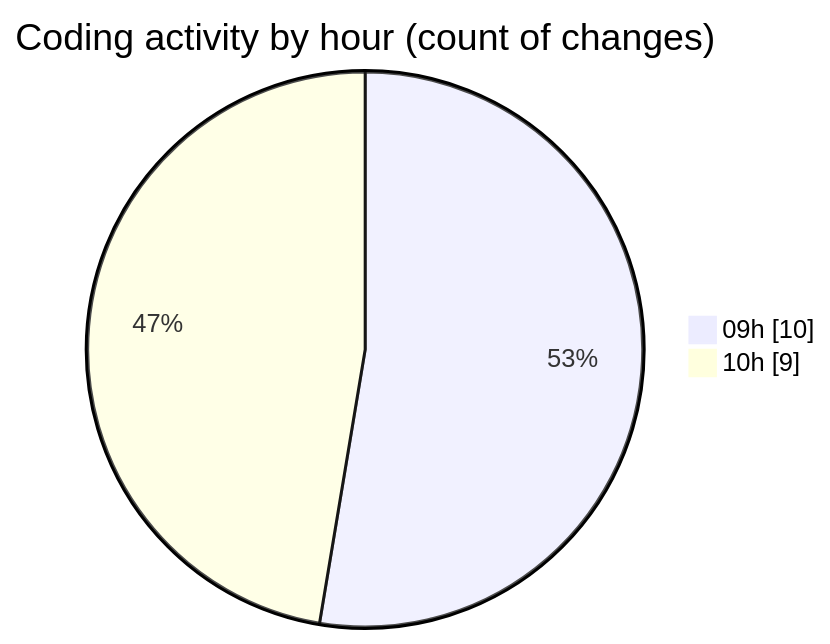
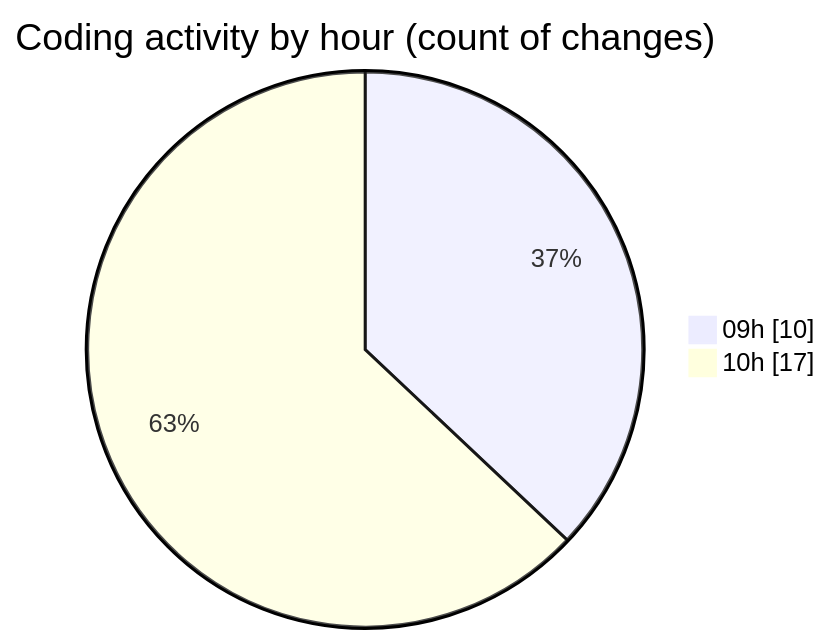
Before and after one commit to CELIANVF/code-tracking: the second of 2 diagrams in 2025-05-09/ecodeli/README.md, drawn with Mermaid. The commit also changed other lines of this file and 1 other file, not shown here.

````diff
--- a/2025-05-09/ecodeli/README.md
+++ b/2025-05-09/ecodeli/README.md
@@ -36,6 +39,6 @@
 ```mermaid
 pie showData
 title Coding activity by hour (count of changes)
 "09h" : 10
-"10h" : 9
+"10h" : 17
 ```
````
